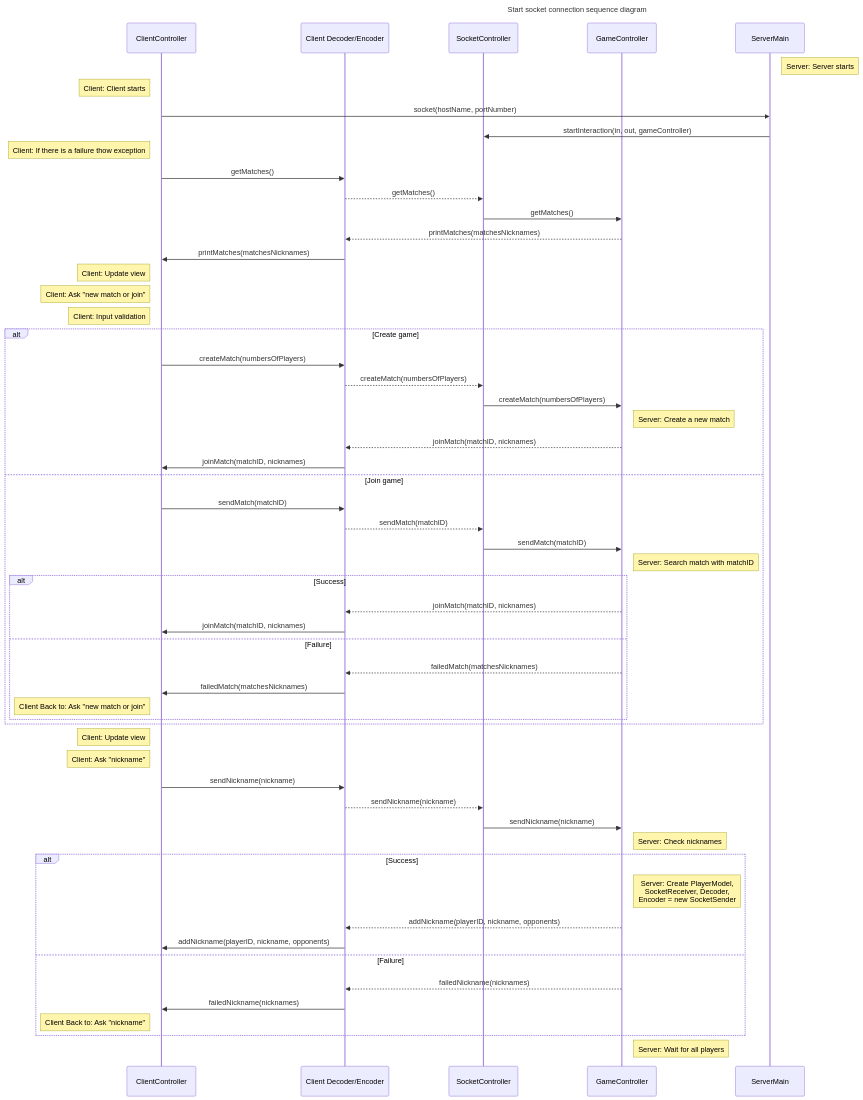
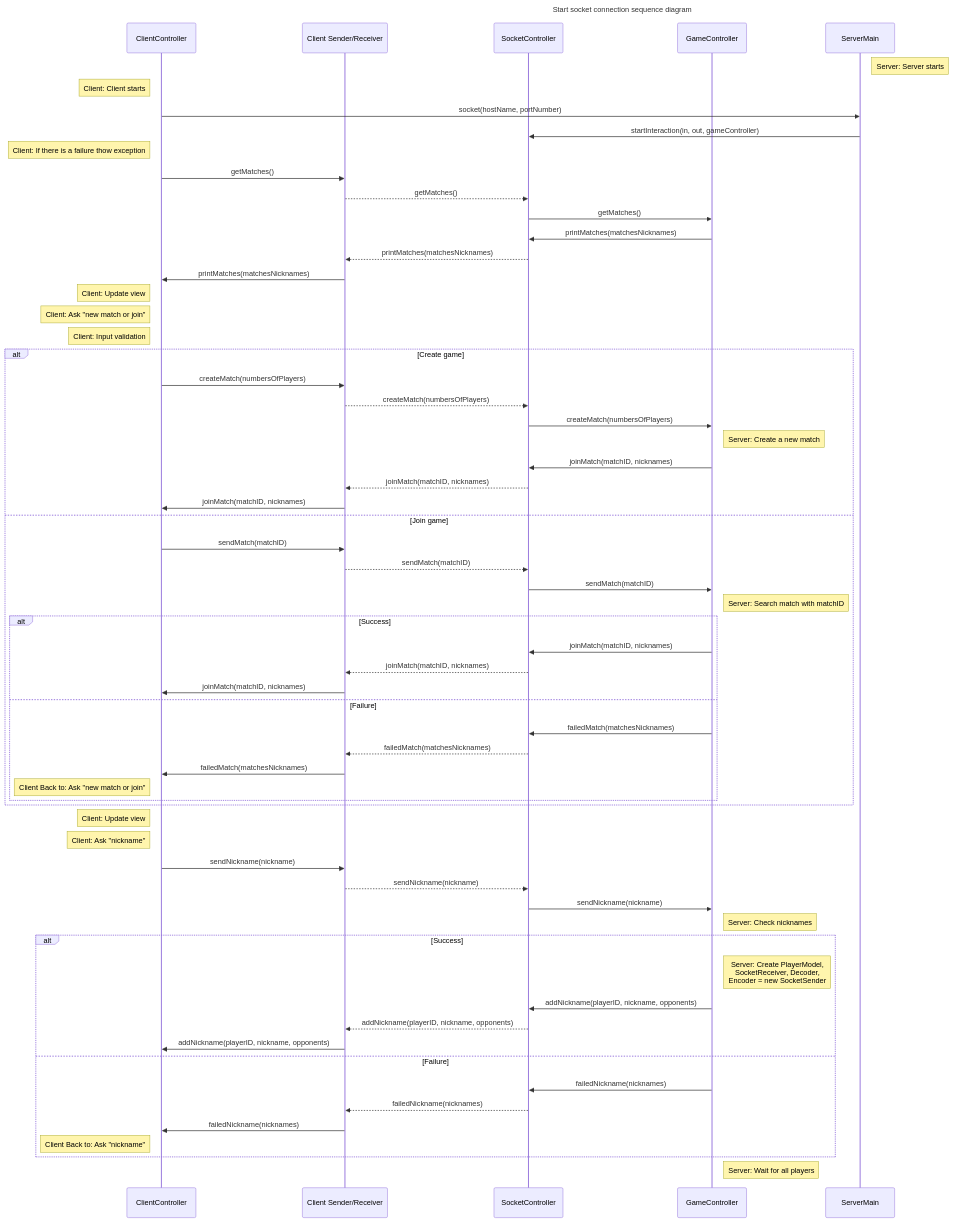
One commit to SteveOrDan/IS24-AM17 changed the fourth of 8 diagrams in README.md. Above: the diagram before and after it, drawn with Mermaid. The commit also changed other lines of this file, not shown here.

```diff
--- a/README.md
+++ b/README.md
@@ -1560,7 +1560,7 @@
     title Start socket connection sequence diagram
 
     participant C as ClientController
-    participant Cn as Client Decoder/Encoder
+    participant Cn as Client Sender/Receiver
     participant Sn as SocketController
     participant G as GameController
     participant S as ServerMain
@@ -1581,7 +1581,8 @@
 
     Sn->>G: getMatches()
 
-    G-->>Cn: printMatches(matchesNicknames)
+    G->>Sn: printMatches(matchesNicknames)
+    Sn-->>Cn: printMatches(matchesNicknames)
 
     Cn->>C: printMatches(matchesNicknames)
 
@@ -1598,7 +1599,8 @@
 
         Note right of G: Server: Create a new match
 
-        G-->>Cn: joinMatch(matchID, nicknames)
+        G->>Sn: joinMatch(matchID, nicknames)
+        Sn-->>Cn: joinMatch(matchID, nicknames)
 
         Cn->>C: joinMatch(matchID, nicknames)
     else Join game
@@ -1610,11 +1612,13 @@
 
         Note right of G: Server: Search match with matchID
         alt Success
-            G-->>Cn: joinMatch(matchID, nicknames)
+            G->>Sn: joinMatch(matchID, nicknames)
+            Sn-->>Cn: joinMatch(matchID, nicknames)
 
             Cn->>C: joinMatch(matchID, nicknames)
         else Failure
-            G-->>Cn: failedMatch(matchesNicknames)
+            G->>Sn: failedMatch(matchesNicknames)
+            Sn-->>Cn: failedMatch(matchesNicknames)
 
             Cn->>C: failedMatch(matchesNicknames)
             Note left of C: Client Back to: Ask "new match or join"
@@ -1634,11 +1638,13 @@
     alt Success
         Note right of G: Server: Create PlayerModel,<br> SocketReceiver, Decoder,<br> Encoder = new SocketSender
 
-        G-->>Cn: addNickname(playerID, nickname, opponents)
+        G->>Sn: addNickname(playerID, nickname, opponents)
+        Sn-->>Cn: addNickname(playerID, nickname, opponents)
 
         Cn->>C: addNickname(playerID, nickname, opponents)
     else Failure
-        G-->>Cn: failedNickname(nicknames)
+        G->>Sn: failedNickname(nicknames)
+        Sn-->>Cn: failedNickname(nicknames)
 
         Cn->>C: failedNickname(nicknames)
         Note left of C: Client Back to: Ask "nickname"
```
